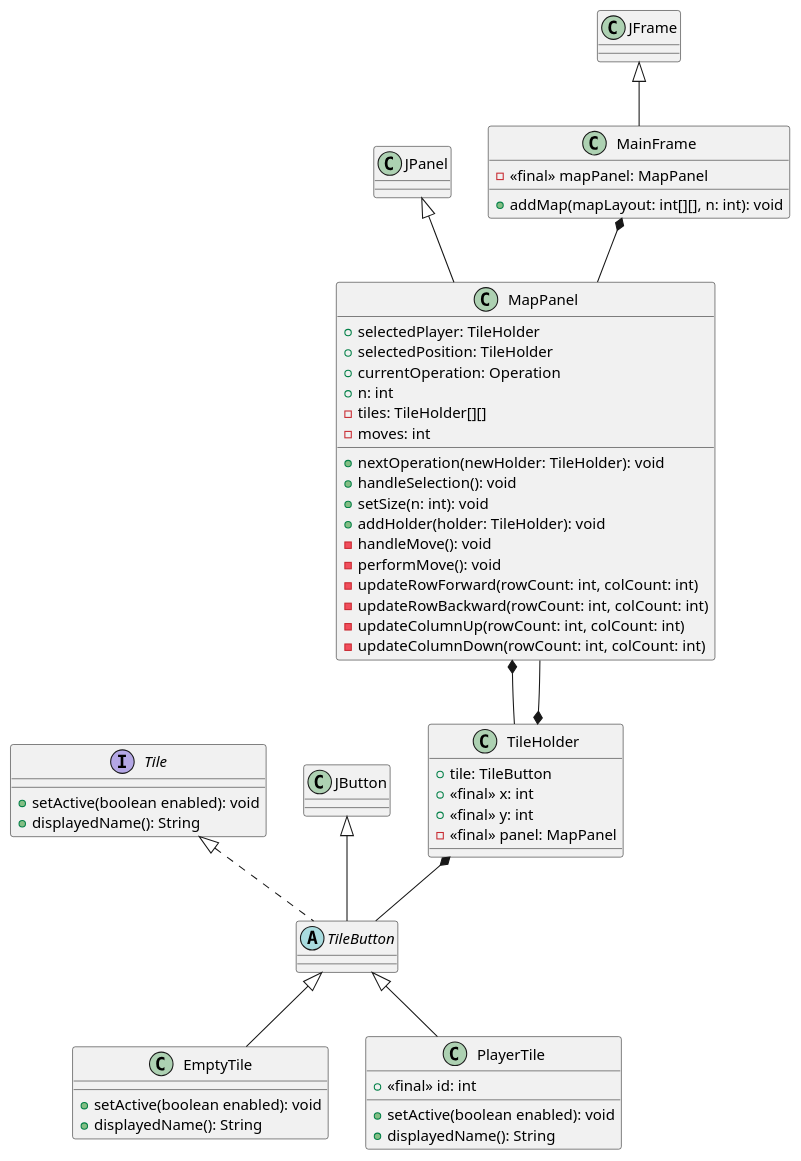
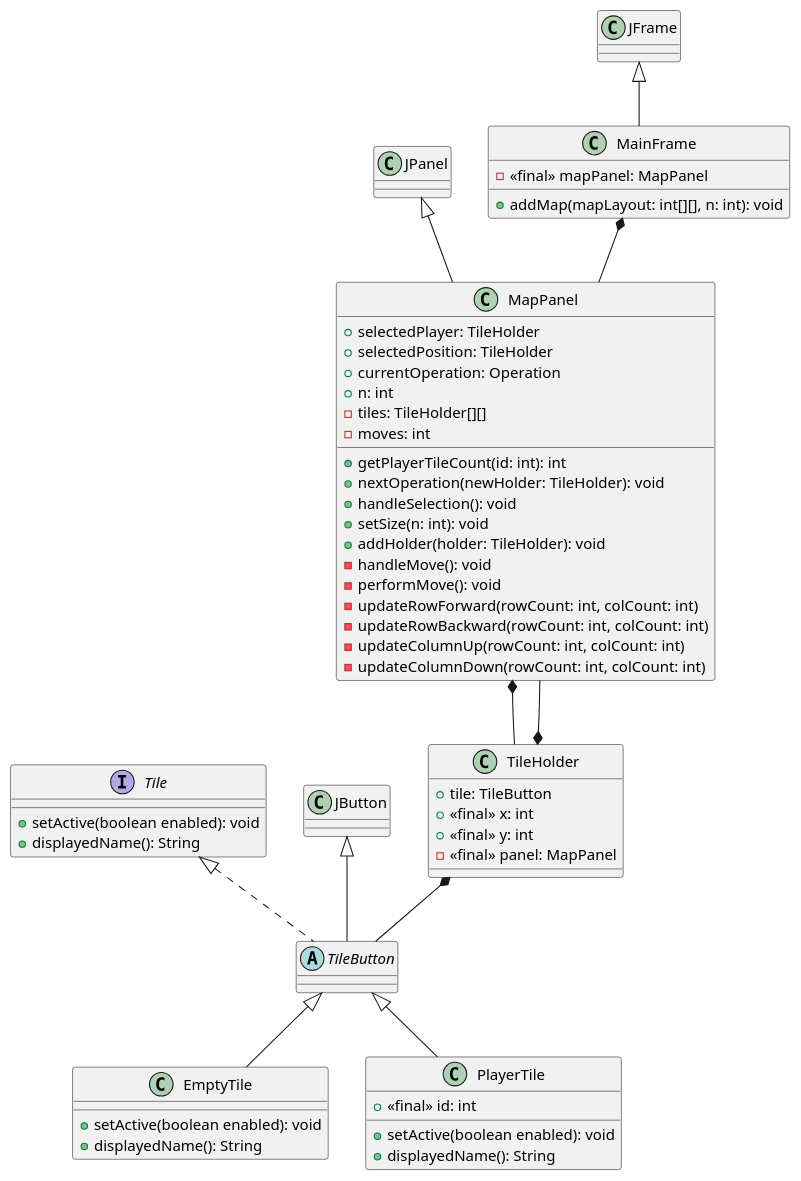
One commit to joshika39/elte-studies changed the diagram in semester_III/ProgNyelv/Bead2/classes.puml. Above: the diagram before and after it, drawn with PlantUML. The commit also changed 2 other files, not shown here.

```diff
--- a/semester_III/ProgNyelv/Bead2/classes.puml
+++ b/semester_III/ProgNyelv/Bead2/classes.puml
@@ -1,60 +1,60 @@
 @startuml Classes
 
 class MainFrame extends JFrame {
     - <<final>> mapPanel: MapPanel
     + addMap(mapLayout: int[][], n: int): void
 }
 
 class MapPanel extends JPanel {
     + selectedPlayer: TileHolder
     + selectedPosition: TileHolder
     + currentOperation: Operation
     + n: int
     - tiles: TileHolder[][]
     - moves: int
-
+    + getPlayerTileCount(id: int): int
     + nextOperation(newHolder: TileHolder): void
     + handleSelection(): void
     + setSize(n: int): void
     + addHolder(holder: TileHolder): void
     - handleMove(): void
     - performMove(): void
     - updateRowForward(rowCount: int, colCount: int)
     - updateRowBackward(rowCount: int, colCount: int)
     - updateColumnUp(rowCount: int, colCount: int)
     - updateColumnDown(rowCount: int, colCount: int)
 }
 
 interface Tile {
     + setActive(boolean enabled): void
     + displayedName(): String
 }
 
 abstract TileButton extends JButton implements Tile{
 
 }
 
 class EmptyTile extends TileButton {
     + setActive(boolean enabled): void
     + displayedName(): String
 }
 
 class PlayerTile extends TileButton {
     + <<final>> id: int
     + setActive(boolean enabled): void
     + displayedName(): String
 }
 
 class TileHolder {
     + tile: TileButton
     + <<final>> x: int
     + <<final>> y: int
     - <<final>> panel: MapPanel
 }
 
 MainFrame *-- MapPanel
 MapPanel *-- TileHolder
 TileHolder *-- TileButton
 TileHolder *-- MapPanel
 
 @enduml
```
